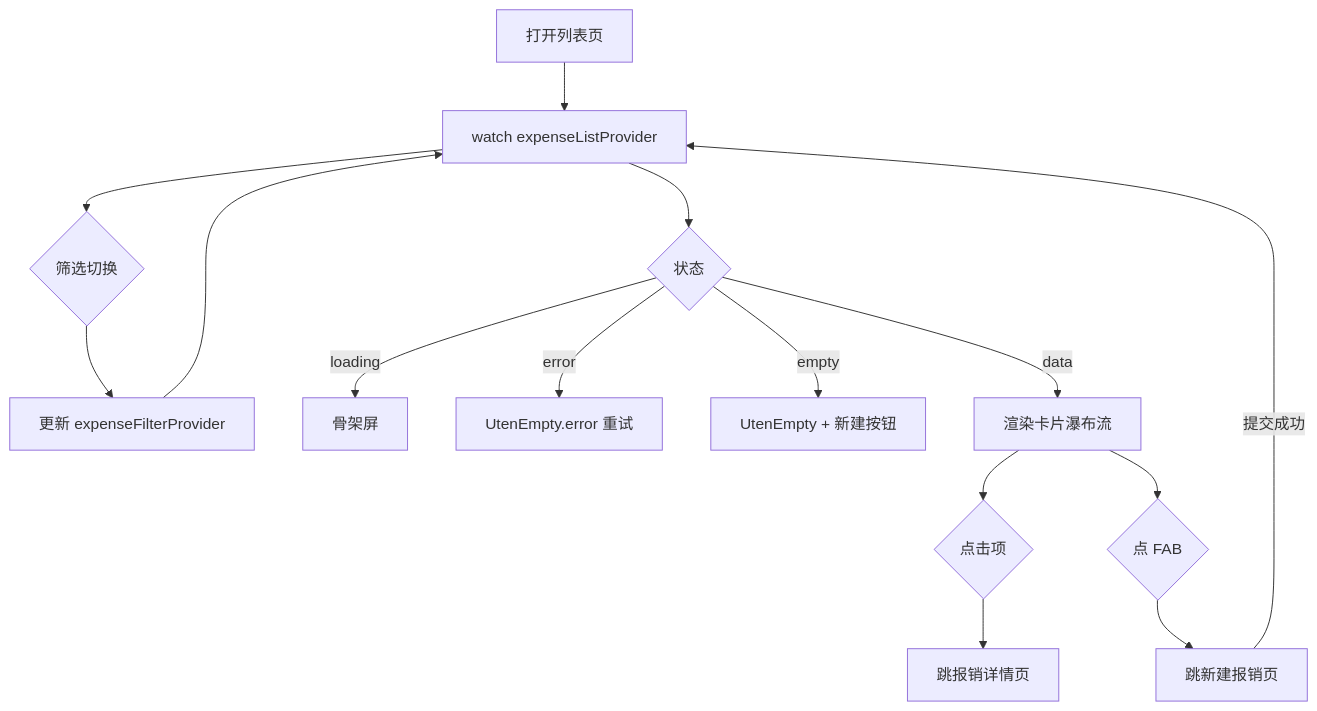
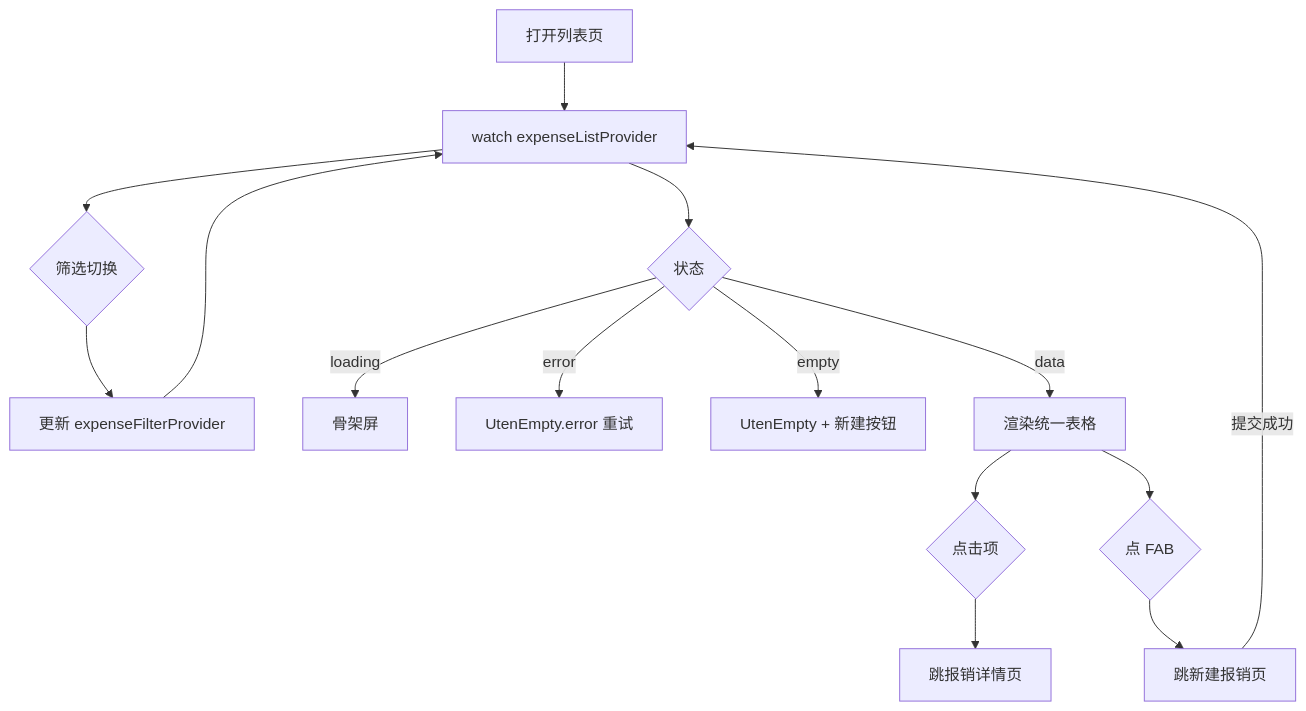
One commit to BruceChu0424/utenelec_imp changed the diagram in docs/03-页面/报销列表页.md. Above: the diagram before and after it, drawn with Mermaid. The commit also changed other lines of this file and 714 other files, not shown here.

````diff
--- a/docs/03-页面/报销列表页.md
+++ b/docs/03-页面/报销列表页.md
@@ -96,17 +72,17 @@
 ```mermaid
 flowchart TD
     A[打开列表页] --> W[watch expenseListProvider]
     W --> F{筛选切换}
     F --> FP[更新 expenseFilterProvider]
     FP --> W
     W --> S{状态}
     S -->|loading| SK[骨架屏]
     S -->|error| ER[UtenEmpty.error 重试]
     S -->|empty| EM[UtenEmpty + 新建按钮]
-    S -->|data| LIST[渲染卡片瀑布流]
+    S -->|data| LIST[渲染统一表格]
     LIST --> CLK{点击项}
     CLK --> D[跳报销详情页]
     LIST --> FAB{点 FAB}
     FAB --> N[跳新建报销页]
     N -->|提交成功| W
 ```
````
